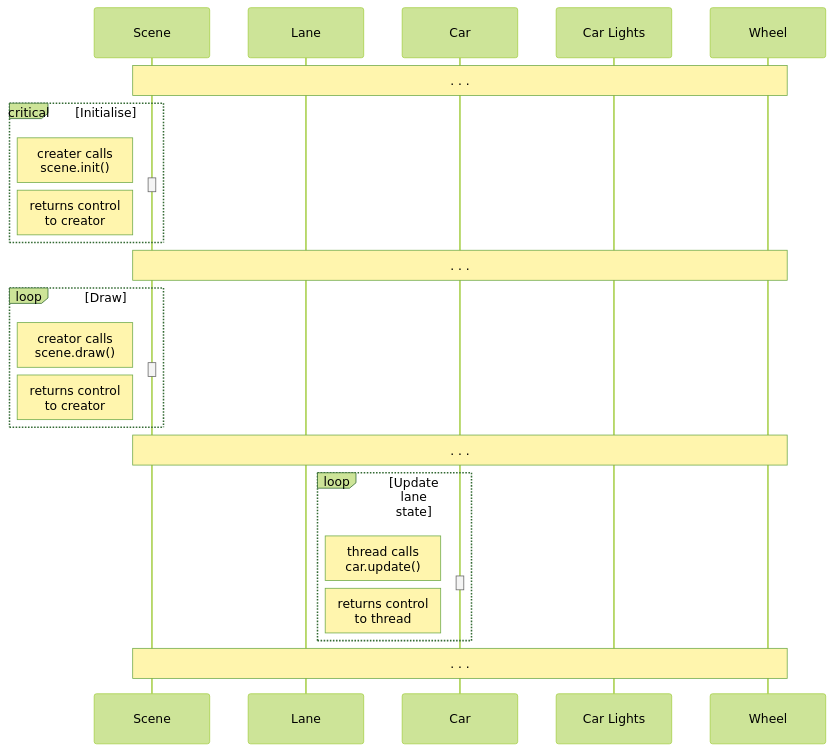
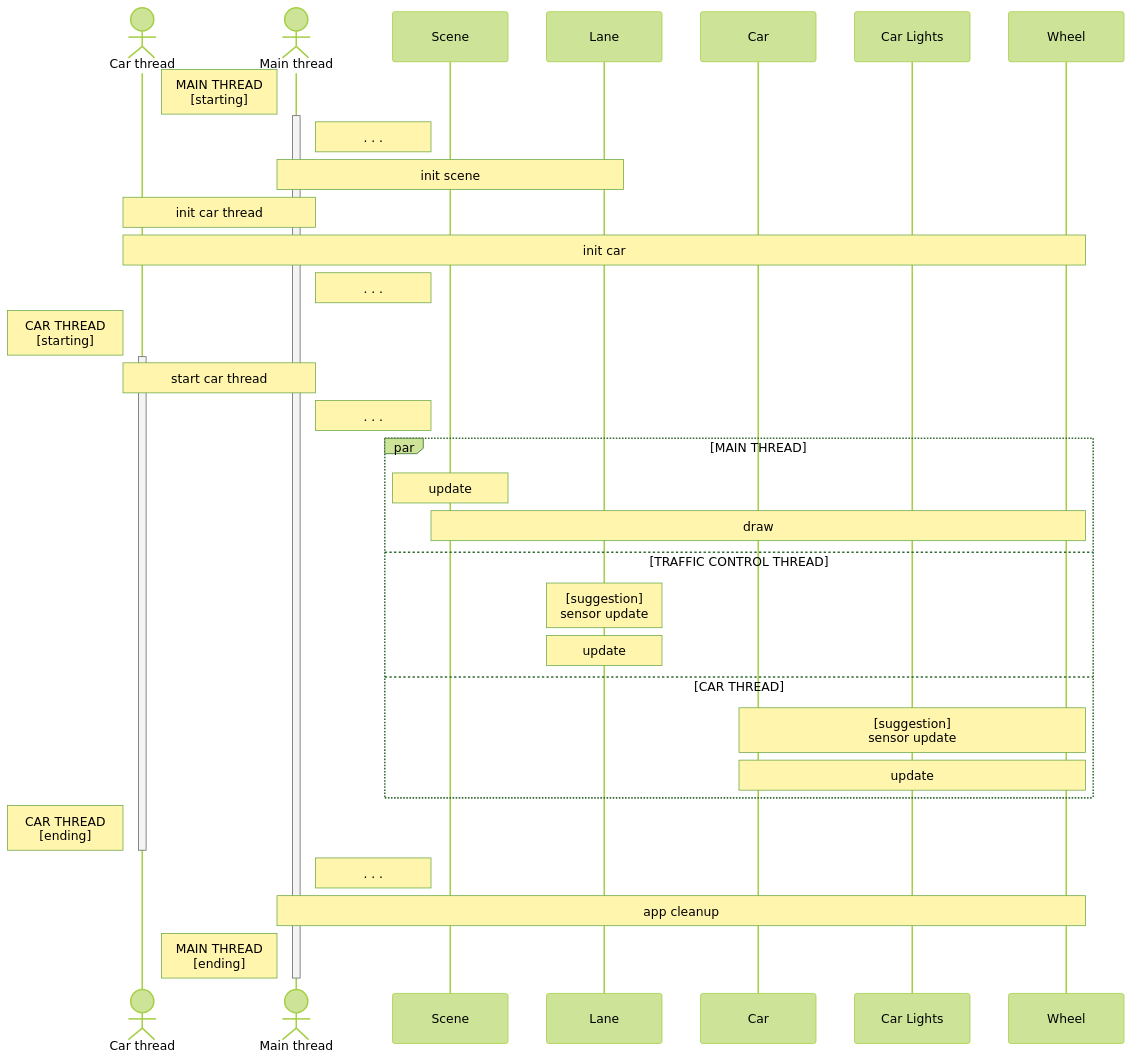
The seventh of 8 diagrams in docs/docs_01_conceptual.md (corbeau217/cpp_opengl_vehicles), drawn with Mermaid (forest theme) before and after one commit. The commit also changed other lines of this file and 1 other file, not shown here.

Commit message:
car thread sequence diagram partially done

````diff
--- a/docs/docs_01_conceptual.md
+++ b/docs/docs_01_conceptual.md
@@ -668,44 +672,62 @@
 ```mermaid
 sequenceDiagram
     autonumber
     %% -------------------------------------------------
+    Actor CARTHREAD as Car thread
+    Actor MAINTHREAD as Main thread
+    %% ---------------------------------
     participant SCENE as Scene
     participant LANE as Lane
     participant CAR as Car
     participant CARLIGHTS as Car Lights
     participant WHEEL as Wheel
-    %% ...
     %% -------------------------------------------------
-    note over SCENE,WHEEL: . . . 
     %% -------------------------------------------------
-    critical Initialise
-    note left of SCENE: creater calls<br>scene.init()
-    activate SCENE
-    %% ...
-    deactivate SCENE
-    note left of SCENE: returns control<br>to creator
+    note left of MAINTHREAD : MAIN THREAD<br>[starting]
+    activate MAINTHREAD
+    %% -------------------------------------------------
+    note right of MAINTHREAD : . . .
+    note over MAINTHREAD,LANE : init scene
+    note over CARTHREAD,MAINTHREAD : init car thread
+    note over CARTHREAD,WHEEL : init car
+    note right of MAINTHREAD : . . .
+    %% -------------------------------------------------
+    %% -------------------------------------------------
+    note left of CARTHREAD : CAR THREAD<br>[starting]
+    activate CARTHREAD
+    note over CARTHREAD,MAINTHREAD : start car thread
+    %% -------------------------------------------------
+    %% -------------------------------------------------
+    note right of MAINTHREAD : . . .
+    %% ---------------------------------
+    par MAIN THREAD
+    note over SCENE : update
+    note over SCENE,WHEEL : draw
+    %% ---------------------------------
+    %% ---------------------------------
+    and TRAFFIC CONTROL THREAD
+    note over LANE : [suggestion]<br>sensor update
+    note over LANE : update
+    %% ---------------------------------
+    %% ---------------------------------
+    and CAR THREAD
+    %% ---------------------------------
+    %% ---------------------------------
+    note over CAR,WHEEL : [suggestion]<br>sensor update
+    note over CAR,WHEEL : update
+    %% ---------------------------------
+    %% ---------------------------------
     end
     %% -------------------------------------------------
-    note over SCENE,WHEEL: . . . 
     %% -------------------------------------------------
-    loop Draw
-    note left of SCENE: creator calls<br>scene.draw()
-    activate SCENE
-    %% ...
-    deactivate SCENE
-    note left of SCENE: returns control<br>to creator
-    end
+    note left of CARTHREAD : CAR THREAD<br>[ending]
+    deactivate CARTHREAD
+    note right of MAINTHREAD : . . .
     %% -------------------------------------------------
-    note over SCENE,WHEEL: . . . 
+    note over MAINTHREAD,WHEEL : app cleanup
     %% -------------------------------------------------
-    loop Update lane state
-    note left of CAR: thread calls<br>car.update()
-    activate CAR
-    %% ...
-    deactivate CAR
-    note left of CAR: returns control<br>to thread
-    end
+    note left of MAINTHREAD : MAIN THREAD<br>[ending]
+    deactivate MAINTHREAD
     %% -------------------------------------------------
-    note over SCENE,WHEEL: . . . 
     %% -------------------------------------------------
 ```
````
